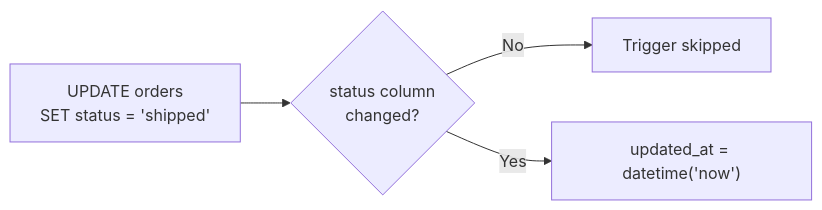
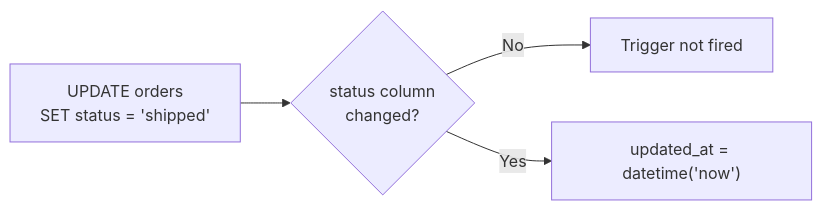
The second of 5 diagrams in docs/en/schema/triggers.md (civilian7/sql-tutorial), drawn with Mermaid before and after one commit. The commit also changed other lines of this file and 121 other files, not shown here.

````diff
--- a/docs/en/schema/triggers.md
+++ b/docs/en/schema/triggers.md
@@ -49,8 +64,8 @@
 ```mermaid
 flowchart LR
     A["UPDATE orders
     SET status = 'shipped'"] --> B{"status column
     changed?"}
-    B -- No --> C[Trigger skipped]
+    B -- No --> C[Trigger not fired]
     B -- Yes --> D["updated_at = datetime('now')"]
 ```
````
